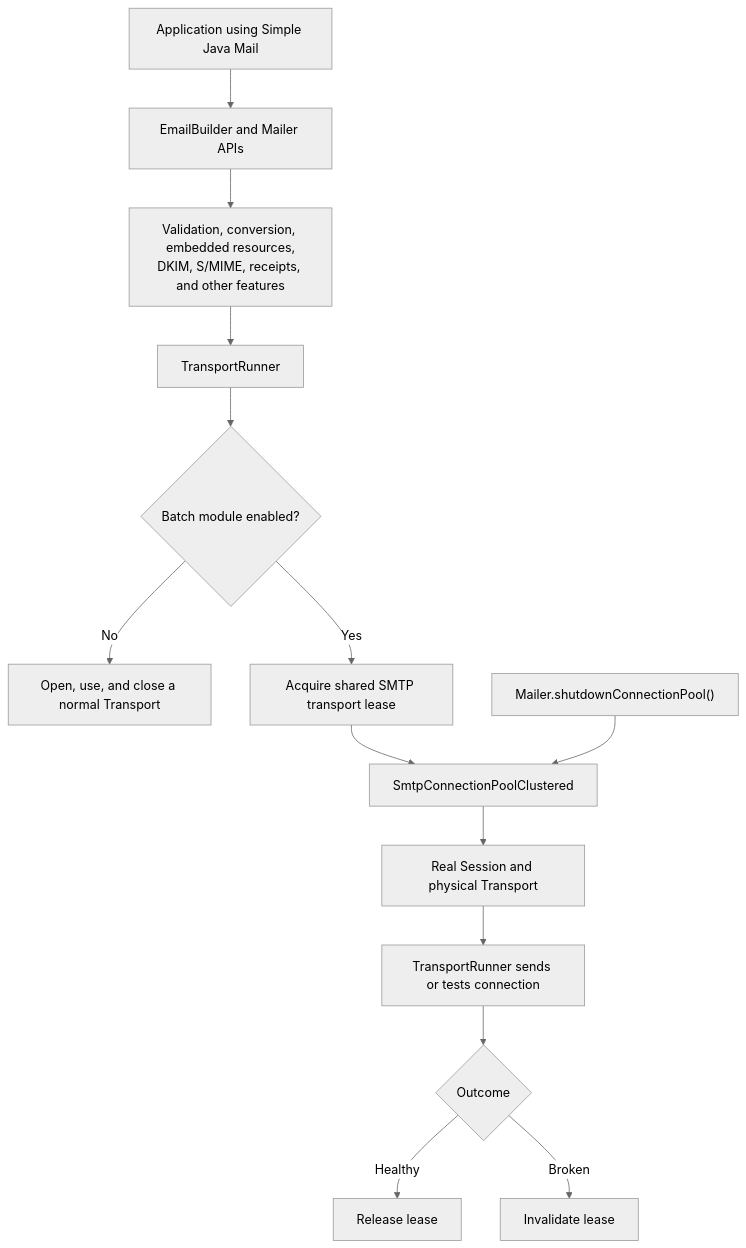
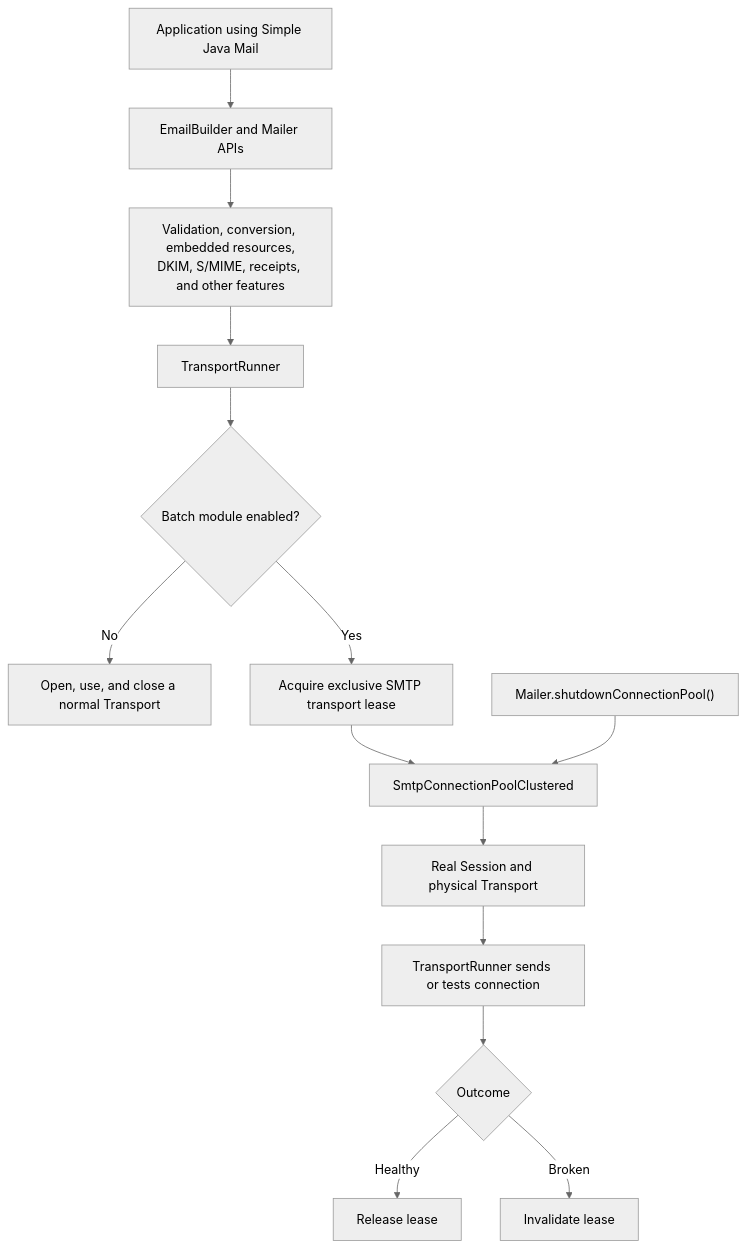
The fourth of 5 diagrams in PRODUCT-VISION.md (simple-java-mail/smtp-connection-pool), drawn with Mermaid (neutral theme) before and after one commit. The commit also changed other lines of this file and 17 other files, not shown here.

````diff
--- a/PRODUCT-VISION.md
+++ b/PRODUCT-VISION.md
@@ -252,16 +252,16 @@
 ```mermaid
 flowchart TB
     USER["Application using Simple Java Mail"] --> HIGH_LEVEL["EmailBuilder and Mailer APIs"]
     HIGH_LEVEL --> FEATURES["Validation, conversion, embedded resources,<br/>DKIM, S/MIME, receipts, and other features"]
     FEATURES --> RUNNER["TransportRunner"]
     RUNNER --> BATCH{"Batch module enabled?"}
     BATCH -- "No" --> DIRECT_TRANSPORT["Open, use, and close a normal Transport"]
-    BATCH -- "Yes" --> ACQUIRE["Acquire shared SMTP transport lease"]
+    BATCH -- "Yes" --> ACQUIRE["Acquire exclusive SMTP transport lease"]
     ACQUIRE --> CLUSTERED["SmtpConnectionPoolClustered"]
     CLUSTERED --> REAL["Real Session and physical Transport"]
     REAL --> OPERATION["TransportRunner sends or tests connection"]
     OPERATION --> RESULT{"Outcome"}
     RESULT -- "Healthy" --> USED["Release lease"]
     RESULT -- "Broken" --> FAILED["Invalidate lease"]
     SHUTDOWN["Mailer.shutdownConnectionPool()"] --> CLUSTERED
 ```
````
